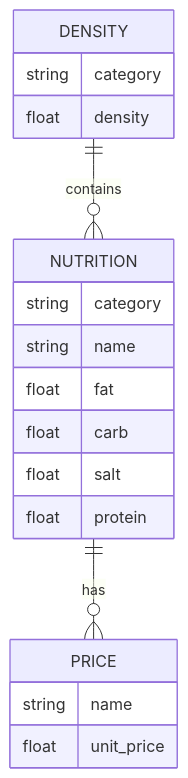
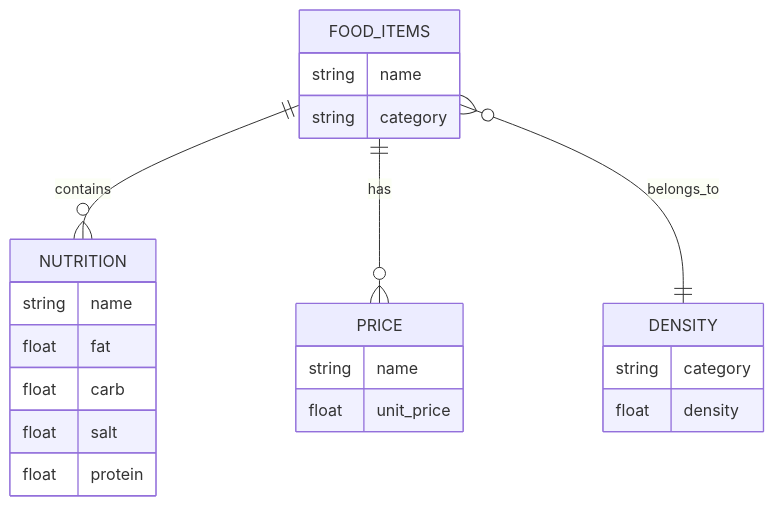
The diagram in data/README.md (alexnodeland/bentokaze), drawn with Mermaid before and after one commit. The commit also changed other lines of this file and 2 other files, not shown here.

Commit message:
docs: update food data schema and add new CSV files

````diff
--- a/data/README.md
+++ b/data/README.md
@@ -36,21 +42,25 @@
 ```mermaid
 erDiagram
+    FOOD_ITEMS {
+        string name
+        string category
+    }
     DENSITY {
         string category
         float density
     }
     NUTRITION {
-        string category
         string name
         float fat
         float carb
         float salt
         float protein
     }
     PRICE {
         string name
         float unit_price
     }
-    DENSITY ||--o{ NUTRITION : contains
-    NUTRITION ||--o{ PRICE : has
+    FOOD_ITEMS ||--o{ NUTRITION : contains
+    FOOD_ITEMS ||--o{ PRICE : has
+    FOOD_ITEMS }o--|| DENSITY : belongs_to
 ```
````
